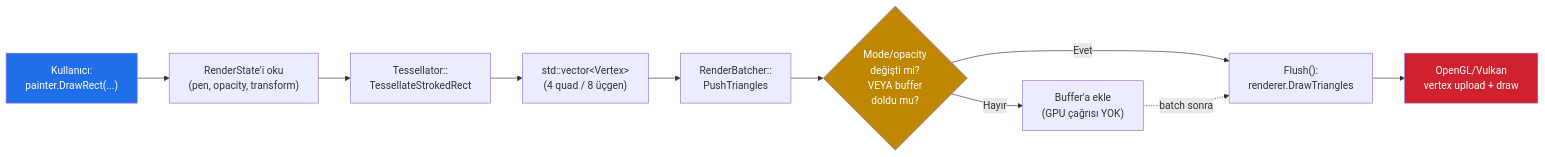
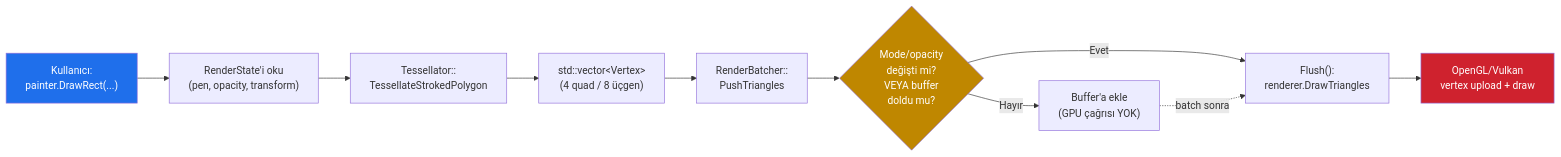
One commit to yazilimperver/sdl-painter changed the third of 4 diagrams in doc/mimari-genel-bakis.md. Above: the diagram before and after it, drawn with Mermaid. The commit also changed 11 other files, not shown here.

````diff
--- a/doc/mimari-genel-bakis.md
+++ b/doc/mimari-genel-bakis.md
@@ -151,21 +151,21 @@
 ```mermaid
 flowchart LR
     A["Kullanıcı:<br/>painter.DrawRect(...)"]
     B["RenderState'i oku<br/>(pen, opacity, transform)"]
-    C["Tessellator::<br/>TessellateStrokedRect"]
+    C["Tessellator::<br/>TessellateStrokedPolygon"]
     D["std::vector&lt;Vertex&gt;<br/>(4 quad / 8 üçgen)"]
     E["RenderBatcher::<br/>PushTriangles"]
     F{"Mode/opacity<br/>değişti mi?<br/>VEYA buffer<br/>doldu mu?"}
     G["Flush():<br/>renderer.DrawTriangles"]
     H["Buffer'a ekle<br/>(GPU çağrısı YOK)"]
     I["OpenGL/Vulkan<br/>vertex upload + draw"]
 
     A --> B --> C --> D --> E --> F
     F -- "Hayır" --> H
     F -- "Evet" --> G --> I
     H -.batch sonra.-> G
 
     style A fill:#1f6feb,color:#fff
     style I fill:#cf222e,color:#fff
     style F fill:#bf8700,color:#fff
 ```
````
